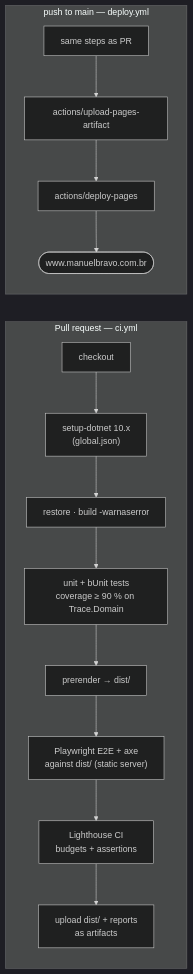
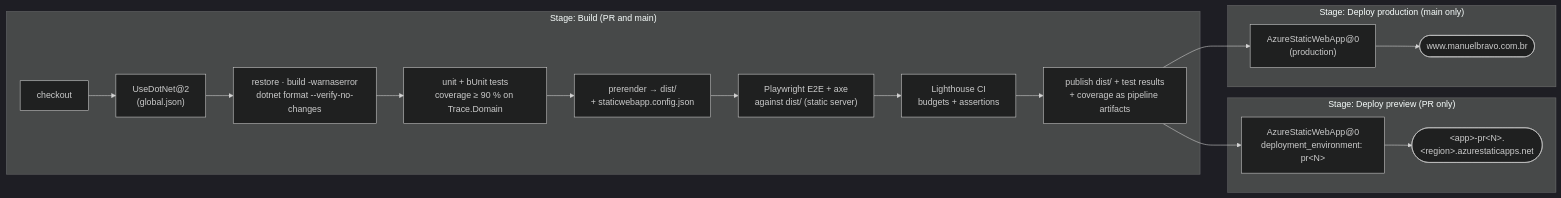
Before and after one commit to Bravodin/portifolio_bravo: the first of 2 diagrams in docs/architecture/ci-cd-and-hosting.md, drawn with Mermaid (dark theme). The commit also changed other lines of this file and 9 other files, not shown here.

First line of the commit message:
docs: record Azure Pipelines + Static Web Apps decision (ADR-0009)

````diff
--- a/docs/architecture/ci-cd-and-hosting.md
+++ b/docs/architecture/ci-cd-and-hosting.md
@@ -5,17 +18,20 @@
 ```mermaid
 flowchart LR
-    subgraph PR["Pull request — ci.yml"]
-        A1["checkout"] --> A2["setup-dotnet 10.x<br/>(global.json)"]
-        A2 --> A3["restore · build -warnaserror"]
+    subgraph BUILD["Stage: Build (PR and main)"]
+        A1["checkout"] --> A2["UseDotNet@2<br/>(global.json)"]
+        A2 --> A3["restore · build -warnaserror<br/>dotnet format --verify-no-changes"]
         A3 --> A4["unit + bUnit tests<br/>coverage ≥ 90 % on Trace.Domain"]
-        A4 --> A5["prerender → dist/"]
+        A4 --> A5["prerender → dist/<br/>+ staticwebapp.config.json"]
         A5 --> A6["Playwright E2E + axe<br/>against dist/ (static server)"]
         A6 --> A7["Lighthouse CI<br/>budgets + assertions"]
-        A7 --> A8["upload dist/ + reports<br/>as artifacts"]
+        A7 --> A8["publish dist/ + test results<br/>+ coverage as pipeline artifacts"]
     end
-    subgraph MAIN["push to main — deploy.yml"]
-        B1["same steps as PR"] --> B2["actions/upload-pages-artifact"]
-        B2 --> B3["actions/deploy-pages"]
-        B3 --> B4(["www.manuelbravo.com.br"])
+    subgraph PR["Stage: Deploy preview (PR only)"]
+        P1["AzureStaticWebApp@0<br/>deployment_environment: pr&lt;N&gt;"] --> P2(["&lt;app&gt;-pr&lt;N&gt;.&lt;region&gt;.azurestaticapps.net"])
     end
+    subgraph MAIN["Stage: Deploy production (main only)"]
+        M1["AzureStaticWebApp@0<br/>(production)"] --> M2(["www.manuelbravo.com.br"])
+    end
+    A8 --> P1
+    A8 --> M1
 ```
````
